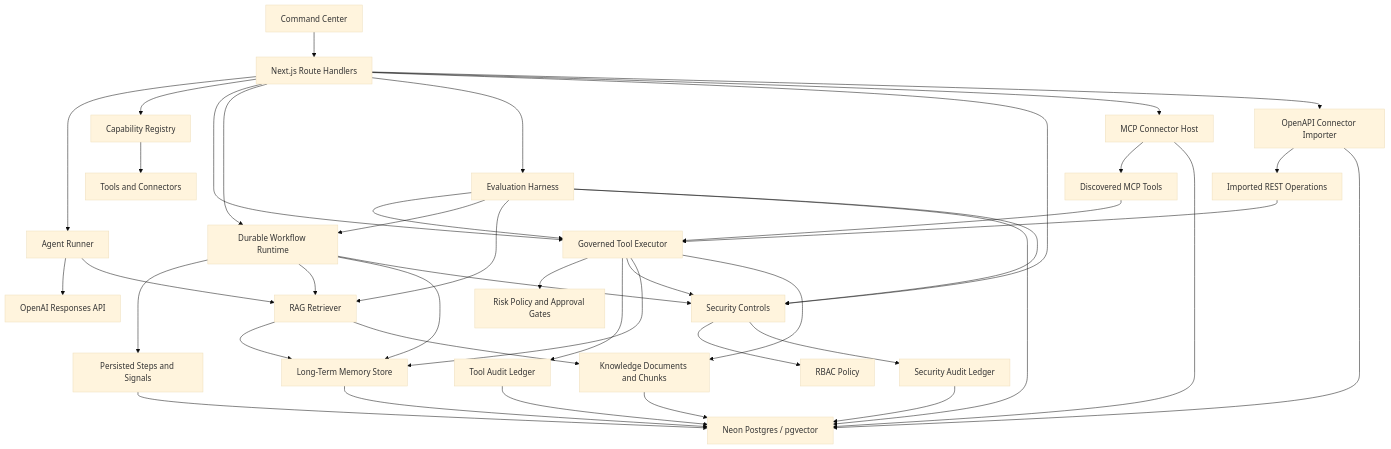
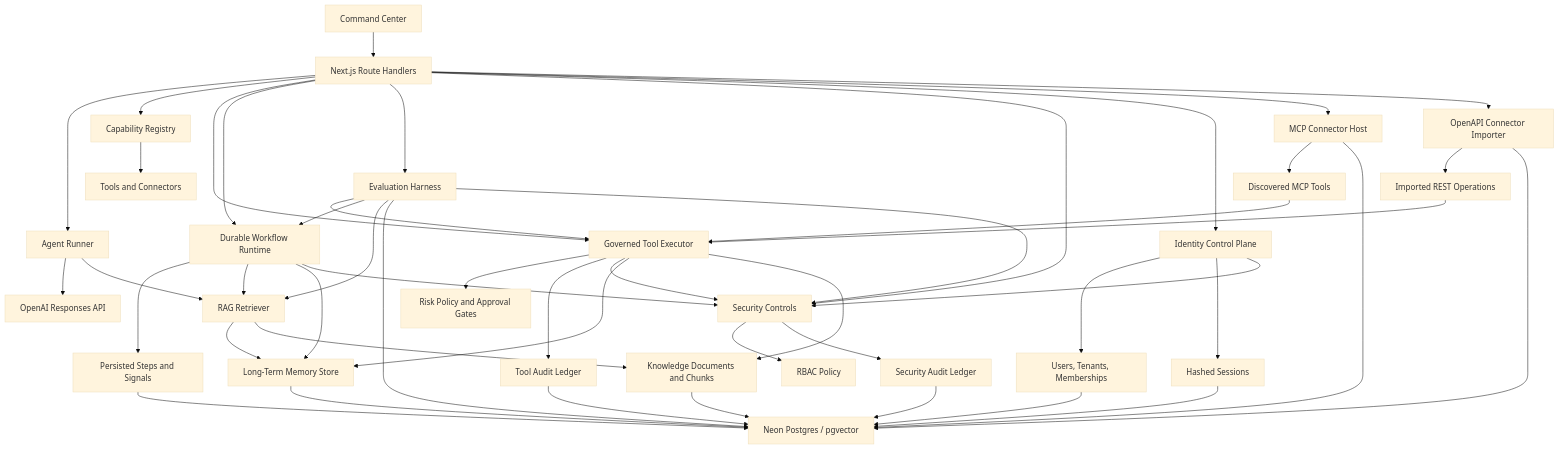
One commit to benniejoseph/OmniAgentOS changed the diagram in docs/IMPLEMENTATION_PLAN.md. Above: the diagram before and after it, drawn with Mermaid (base theme). The commit also changed other lines of this file and 19 other files, not shown here.

Commit message:
Add auth tenant control plane

````diff
--- a/docs/IMPLEMENTATION_PLAN.md
+++ b/docs/IMPLEMENTATION_PLAN.md
@@ -32,44 +33,50 @@
 ```mermaid
 flowchart TD
   UI["Command Center"] --> API["Next.js Route Handlers"]
   API --> RUNNER["Agent Runner"]
   RUNNER --> OAI["OpenAI Responses API"]
   RUNNER --> RAG["RAG Retriever"]
   RAG --> MEM["Long-Term Memory Store"]
   RAG --> DOCS["Knowledge Documents and Chunks"]
   MEM --> DB["Neon Postgres / pgvector"]
   DOCS --> DB
   API --> REG["Capability Registry"]
   REG --> TOOLS["Tools and Connectors"]
   API --> GOV["Governed Tool Executor"]
   GOV --> POLICY["Risk Policy and Approval Gates"]
   GOV --> AUDIT["Tool Audit Ledger"]
   API --> WF["Durable Workflow Runtime"]
   WF --> WSTEPS["Persisted Steps and Signals"]
   WSTEPS --> DB
   WF --> RAG
   WF --> MEM
   API --> EVAL["Evaluation Harness"]
   EVAL --> GOV
   EVAL --> WF
   EVAL --> RAG
   EVAL --> DB
   API --> SEC["Security Controls"]
   SEC --> RBAC["RBAC Policy"]
   SEC --> SAUDIT["Security Audit Ledger"]
   SAUDIT --> DB
+  API --> AUTH["Identity Control Plane"]
+  AUTH --> USERS["Users, Tenants, Memberships"]
+  AUTH --> SESS["Hashed Sessions"]
+  USERS --> DB
+  SESS --> DB
+  AUTH --> SEC
   GOV --> SEC
   WF --> SEC
   EVAL --> SEC
   API --> MCP["MCP Connector Host"]
   MCP --> MTOOLS["Discovered MCP Tools"]
   MTOOLS --> GOV
   API --> OPENAPI["OpenAPI Connector Importer"]
   OPENAPI --> RTOOLS["Imported REST Operations"]
   RTOOLS --> GOV
   GOV --> MEM
   GOV --> DOCS
   AUDIT --> DB
   MCP --> DB
   OPENAPI --> DB
 ```
````
